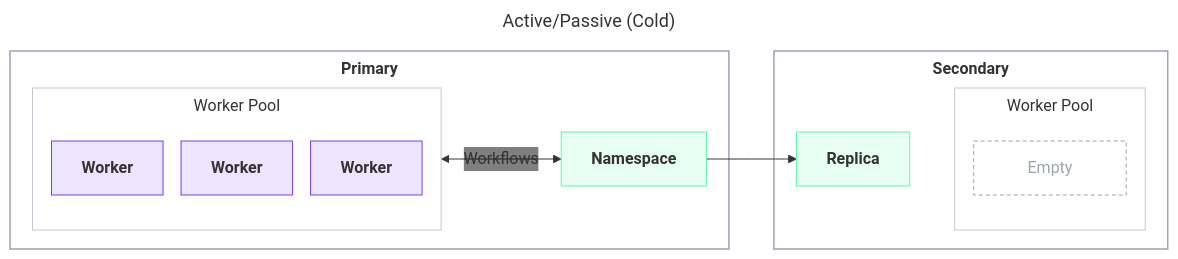
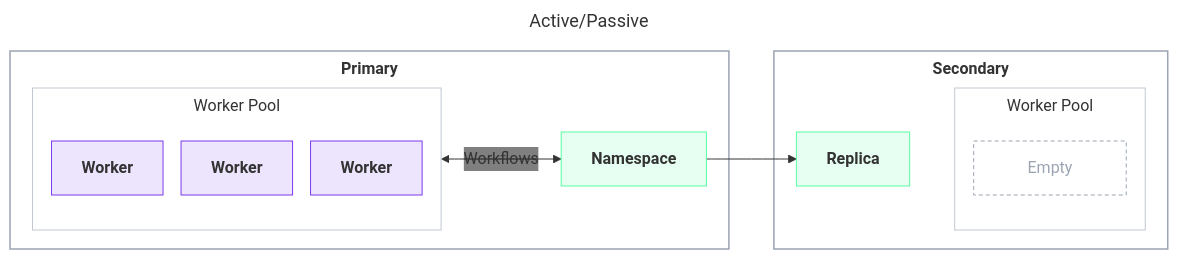
One commit to temporalio/documentation changed the second of 15 diagrams in docs/cloud/high-availability/architecture-patterns.mdx. Above: the diagram before and after it, drawn with Mermaid. The commit also changed other lines of this file and 4 other files, not shown here.

````diff
--- a/docs/cloud/high-availability/architecture-patterns.mdx
+++ b/docs/cloud/high-availability/architecture-patterns.mdx
@@ -89,31 +89,31 @@
 ```mermaid
 ---
-title: Active/Passive (Cold)
+title: Active/Passive
 ---
 %%{init: {'themeVariables':{'fontFamily':'Inter, ui-sans-serif, system-ui, sans-serif','edgeLabelBackground':'transparent'},'flowchart':{'nodeSpacing':18,'rankSpacing':45,'curve':'basis','subGraphTitleMargin':{'top':6,'bottom':12}}}}%%
 flowchart LR
     classDef worker fill:#7C3AED22,stroke:#7C3AED,stroke-width:1px;
     classDef ns fill:#59FDA024,stroke:#59FDA0,stroke-width:1px;
     classDef empty fill:transparent,stroke:#9aa4b2,stroke-width:1px,stroke-dasharray:4 3,color:#9aa4b2;
     classDef region fill:transparent,stroke:#9aa4b2,stroke-width:1.5px;
     classDef pool fill:transparent,stroke:#c2c8d2,stroke-width:1px;
     subgraph ICPRIM["<b>Primary</b>"]
       subgraph ICWP["Worker Pool"]
         ICW1["<b>Worker</b>"]:::worker
         ICW2["<b>Worker</b>"]:::worker
         ICW3["<b>Worker</b>"]:::worker
       end
       ICNS["<b>Namespace</b>"]:::ns
       ICWP <-->|Workflows| ICNS
     end
     subgraph ICSEC["<b>Secondary</b>"]
       ICR["<b>Replica</b>"]:::ns
       subgraph ICWP2["Worker Pool"]
         ICE["&nbsp;&nbsp;&nbsp;&nbsp;&nbsp;&nbsp;Empty&nbsp;&nbsp;&nbsp;&nbsp;&nbsp;&nbsp;"]:::empty
       end
       ICR ~~~ ICWP2
     end
     ICNS --> ICR
     class ICPRIM,ICSEC region
     class ICWP,ICWP2 pool
 ```
````
